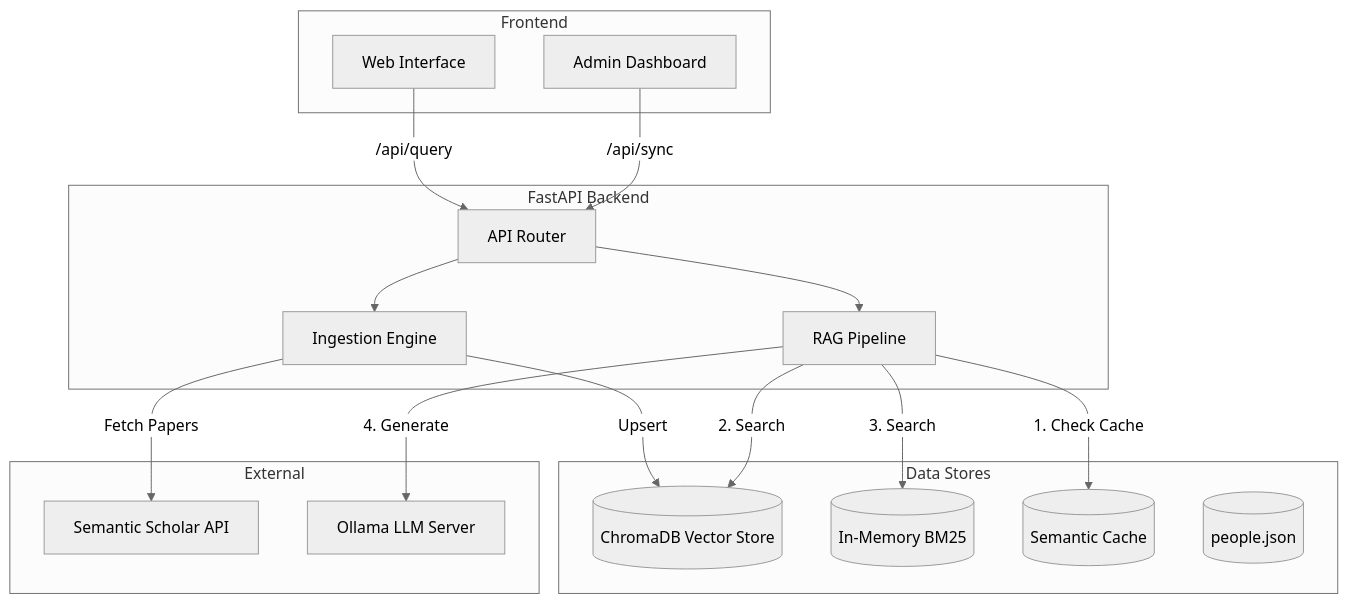
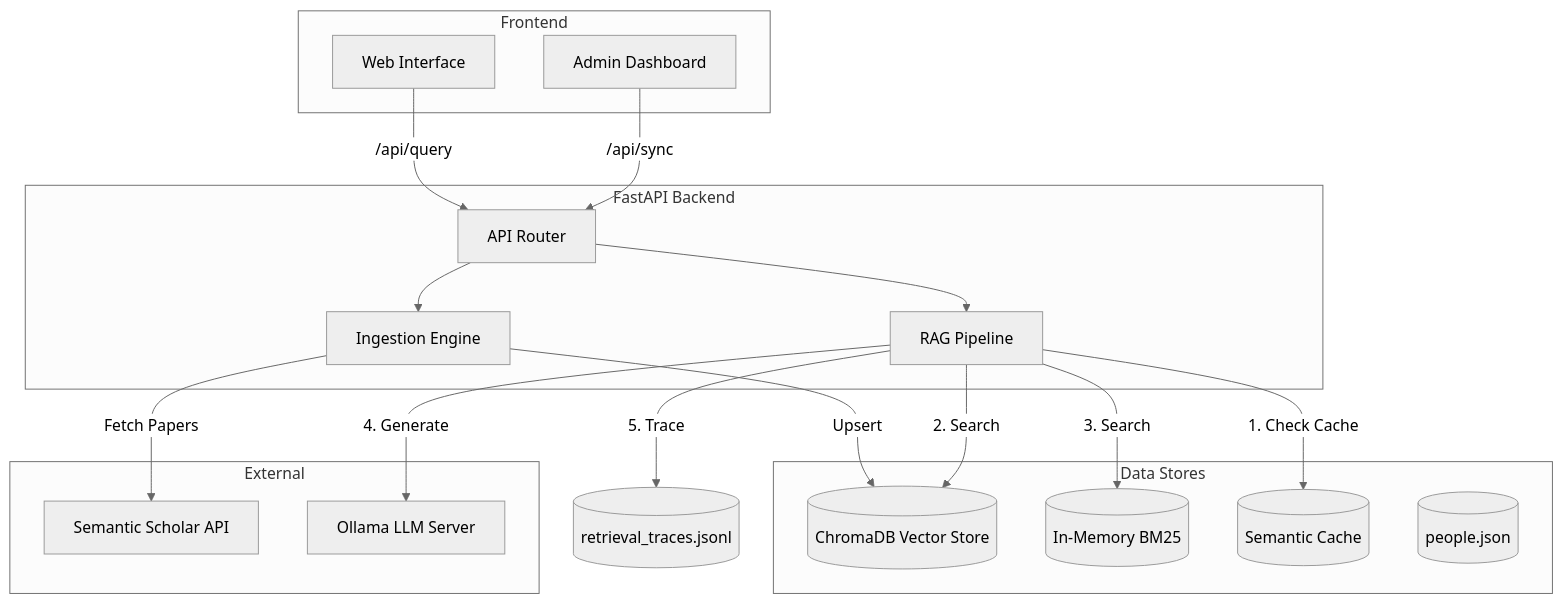
The diagram in docs/architecture.md (kushagrathisside/TRACE), drawn with Mermaid (neutral theme) before and after one commit. The commit also changed other lines of this file and 15 other files, not shown here.

````diff
--- a/docs/architecture.md
+++ b/docs/architecture.md
@@ -7,39 +7,40 @@
 ```mermaid
 flowchart TD
     subgraph Frontend
         UI[Web Interface]
         AdminUI[Admin Dashboard]
     end
 
     subgraph FastAPI Backend
         API[API Router]
         Pipeline[RAG Pipeline]
         Ingest[Ingestion Engine]
     end
 
     subgraph Data Stores
         Chroma[(ChromaDB Vector Store)]
         BM25[(In-Memory BM25)]
         Cache[(Semantic Cache)]
         People[(people.json)]
     end
 
     subgraph External
         S2[Semantic Scholar API]
         Ollama[Ollama LLM Server]
     end
 
     UI -->|/api/query| API
     AdminUI -->|/api/sync| API
     
     API --> Pipeline
     API --> Ingest
     
     Ingest -->|Fetch Papers| S2
     Ingest -->|Upsert| Chroma
     
     Pipeline -->|1. Check Cache| Cache
     Pipeline -->|2. Search| Chroma
     Pipeline -->|3. Search| BM25
     Pipeline -->|4. Generate| Ollama
+    Pipeline -->|5. Trace| Traces[(retrieval_traces.jsonl)]
 ```
````
